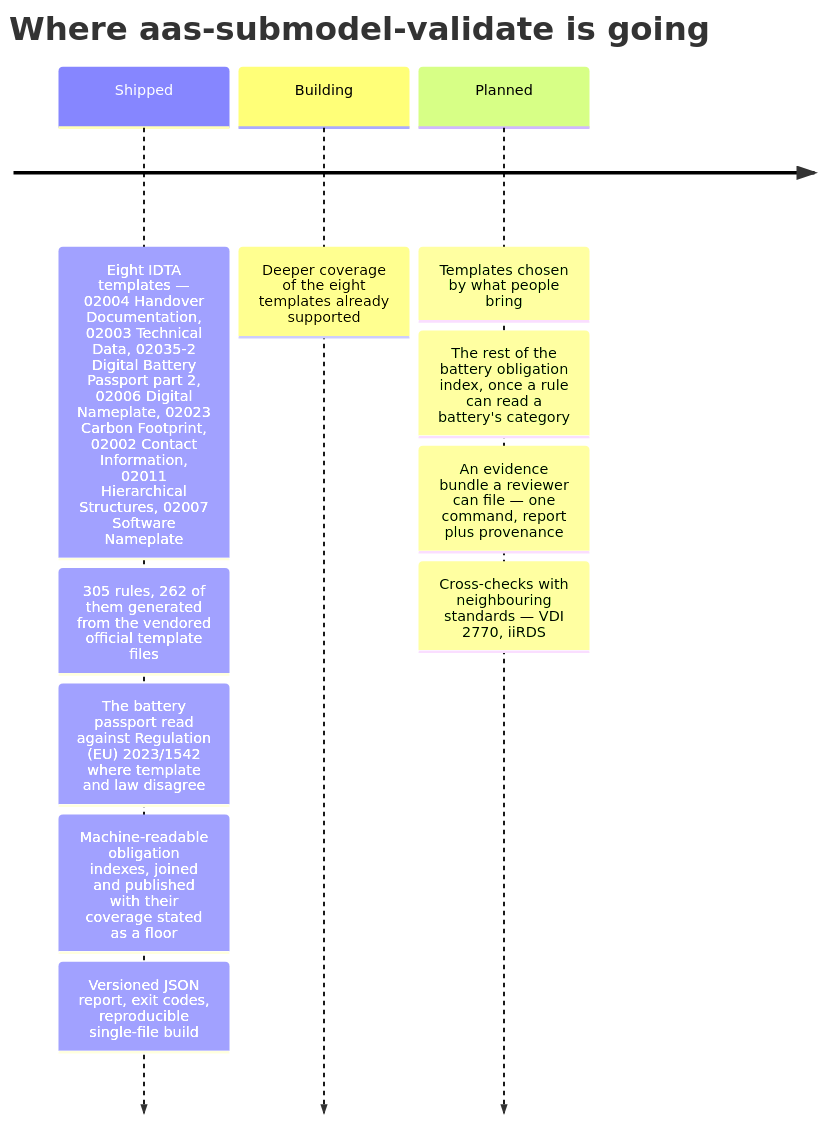
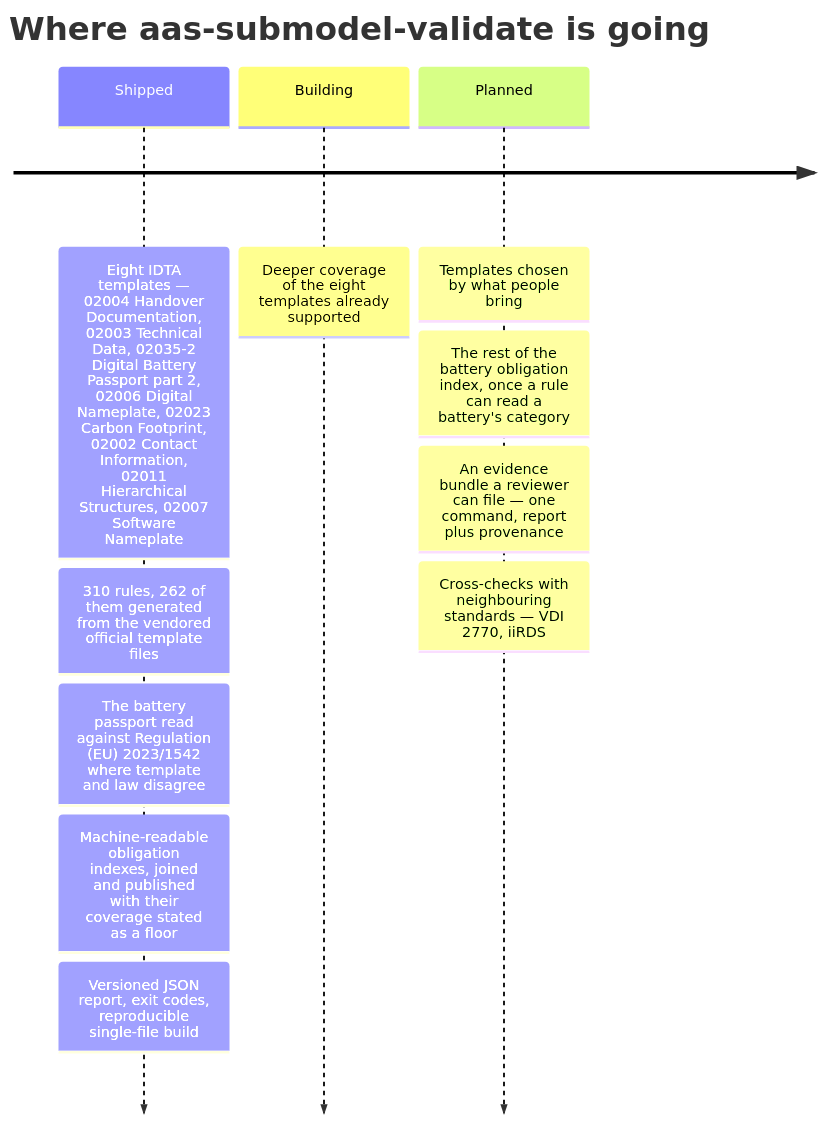
One commit to dev365code/aas-submodel-validate changed the second of 2 diagrams in README.md. Above: the diagram before and after it, drawn with Mermaid. The commit also changed other lines of this file and 14 other files, not shown here.

````diff
--- a/README.md
+++ b/README.md
@@ -278,14 +278,14 @@
 ```mermaid
 timeline
     title Where aas-submodel-validate is going
     Shipped : Eight IDTA templates — 02004 Handover Documentation, 02003 Technical Data, 02035-2 Digital Battery Passport part 2, 02006 Digital Nameplate, 02023 Carbon Footprint, 02002 Contact Information, 02011 Hierarchical Structures, 02007 Software Nameplate
-            : 305 rules, 262 of them generated from the vendored official template files
+            : 310 rules, 262 of them generated from the vendored official template files
             : The battery passport read against Regulation (EU) 2023/1542 where template and law disagree
             : Machine-readable obligation indexes, joined and published with their coverage stated as a floor
             : Versioned JSON report, exit codes, reproducible single-file build
     Building : Deeper coverage of the eight templates already supported
     Planned : Templates chosen by what people bring
             : The rest of the battery obligation index, once a rule can read a battery's category
             : An evidence bundle a reviewer can file — one command, report plus provenance
             : Cross-checks with neighbouring standards — VDI 2770, iiRDS
 ```
````
